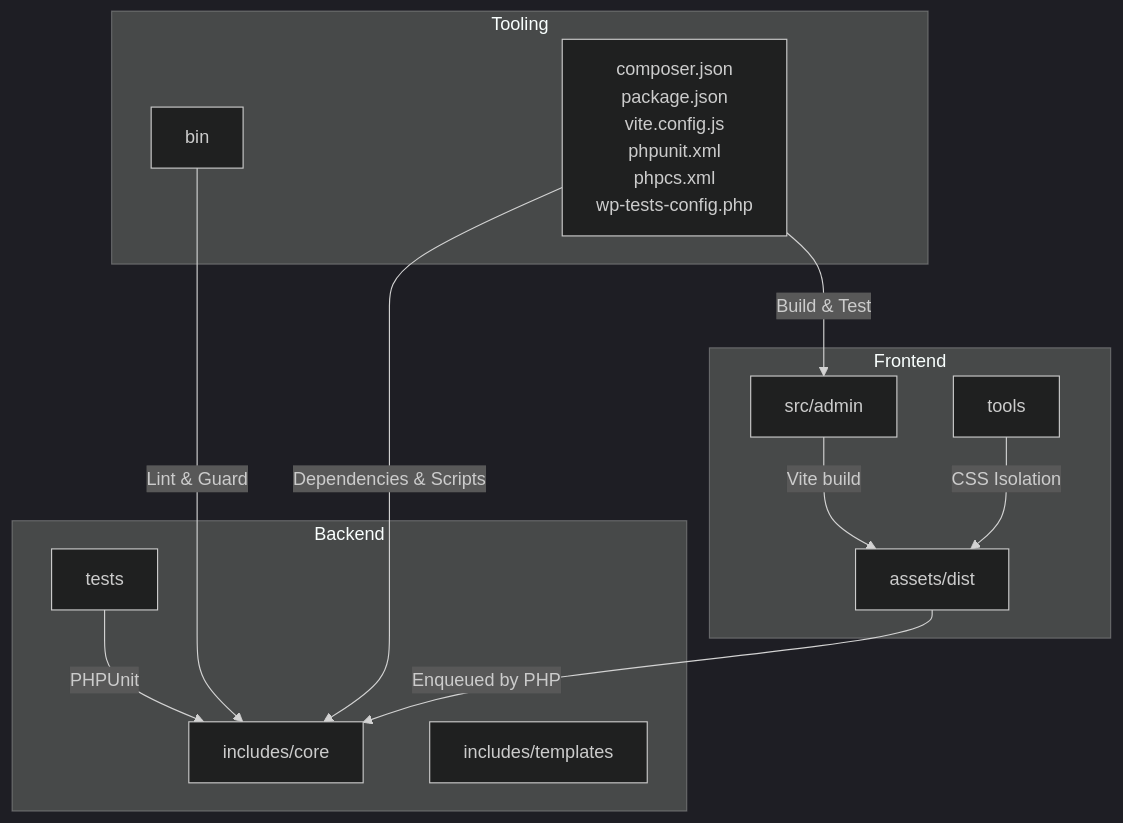
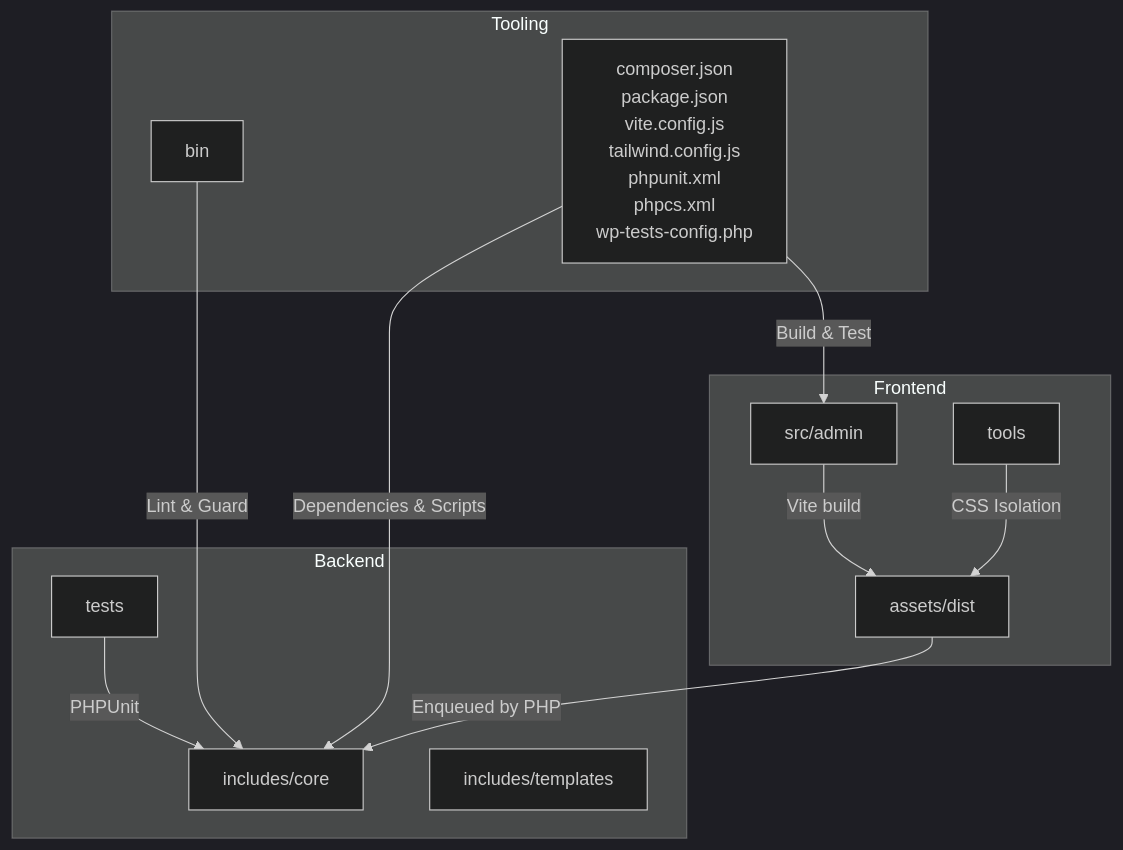
Before and after one commit to onedogsolutions/simple-stack: the first of 6 diagrams in .qoder/repowiki/en/content/Development Guide.md, drawn with Mermaid (dark theme). The commit also changed other lines of this file and 181 other files, not shown here.

````diff
--- a/.qoder/repowiki/en/content/Development Guide.md
+++ b/.qoder/repowiki/en/content/Development Guide.md
@@ -52,24 +63,24 @@
 ```mermaid
 graph TB
 subgraph "Backend"
 Core["includes/core"]
 Templates["includes/templates"]
 Tests["tests"]
 end
 subgraph "Frontend"
 SrcAdmin["src/admin"]
 AssetsDist["assets/dist"]
 Tools["tools"]
 end
 subgraph "Tooling"
 Bin["bin"]
-Configs["composer.json<br/>package.json<br/>vite.config.js<br/>phpunit.xml<br/>phpcs.xml<br/>wp-tests-config.php"]
+Configs["composer.json<br/>package.json<br/>vite.config.js<br/>tailwind.config.js<br/>phpunit.xml<br/>phpcs.xml<br/>wp-tests-config.php"]
 end
 SrcAdmin --> |Vite build| AssetsDist
 AssetsDist --> |Enqueued by PHP| Core
 Tests --> |PHPUnit| Core
 Bin --> |Lint & Guard| Core
 Tools --> |CSS Isolation| AssetsDist
 Configs --> |Dependencies & Scripts| Core
 Configs --> |Build & Test| SrcAdmin
 ```
````
